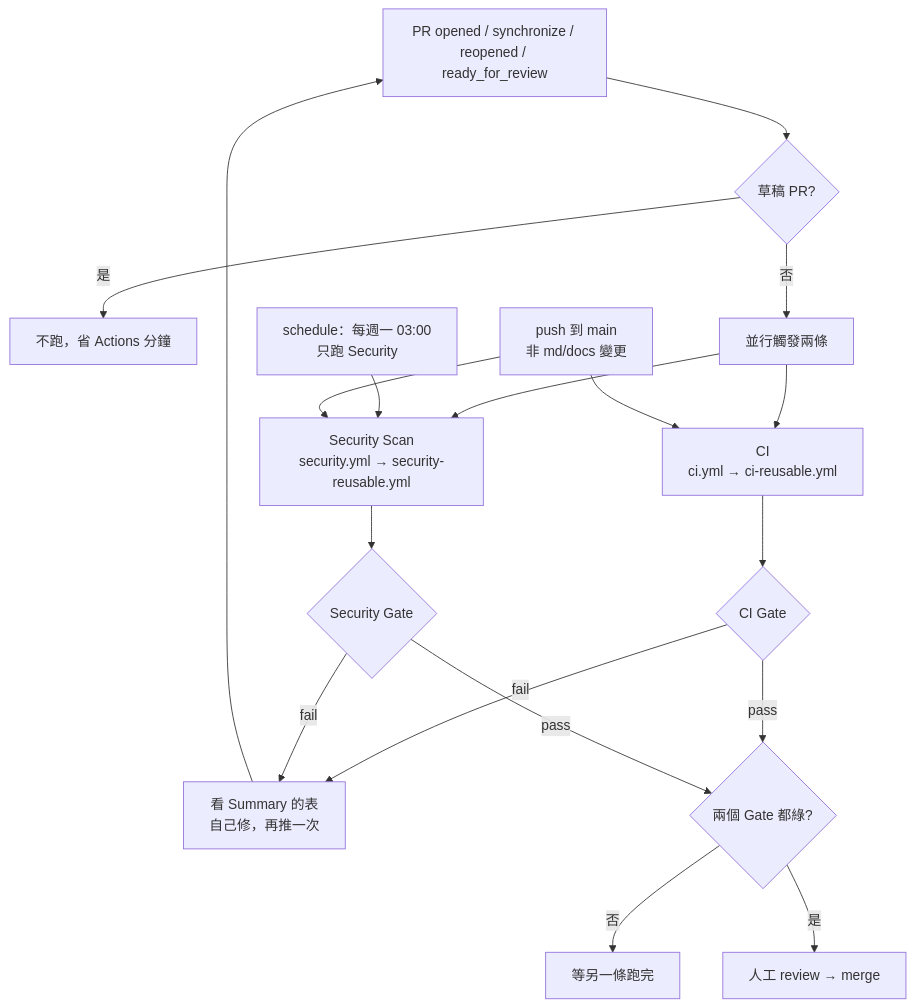
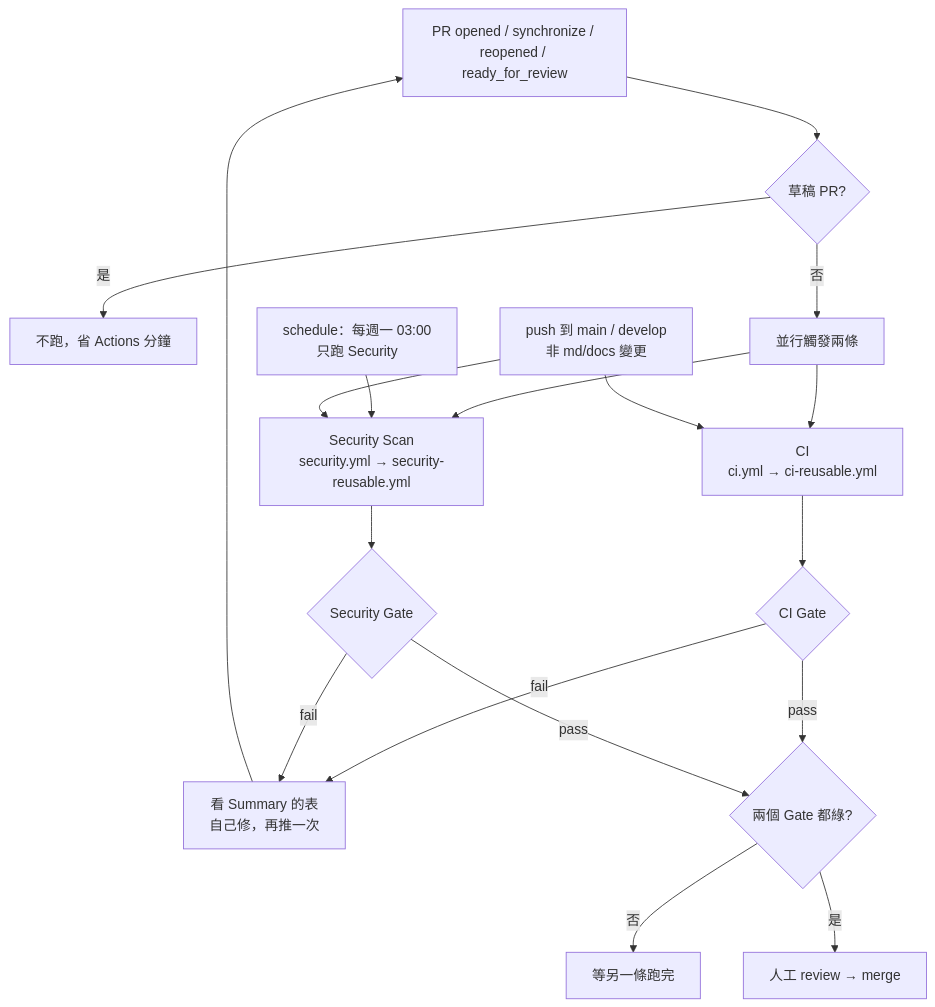
One commit to singi0771/ci-standards changed the first of 3 diagrams in docs/FLOW.md. Above: the diagram before and after it, drawn with Mermaid. The commit also changed other lines of this file and 10 other files, not shown here.

````diff
--- a/docs/FLOW.md
+++ b/docs/FLOW.md
@@ -29,25 +29,25 @@
 ```mermaid
 flowchart TD
     PR[PR opened / synchronize / reopened / ready_for_review] --> DRAFT{草稿 PR?}
     DRAFT -->|是| STOP1[不跑，省 Actions 分鐘]
     DRAFT -->|否| PAR
 
     PAR[並行觸發兩條] --> CI[CI<br/>ci.yml → ci-reusable.yml]
     PAR --> SEC[Security Scan<br/>security.yml → security-reusable.yml]
 
     CI --> CIG{CI Gate}
     SEC --> SG{Security Gate}
 
     CIG -->|fail| FIX[看 Summary 的表<br/>自己修，再推一次]
     SG -->|fail| FIX
     FIX --> PR
 
     CIG -->|pass| BOTH{兩個 Gate 都綠?}
     SG -->|pass| BOTH
     BOTH -->|否| WAIT[等另一條跑完]
     BOTH -->|是| MERGE[人工 review → merge]
 
     SCHED[schedule：每週一 03:00<br/>只跑 Security] --> SEC
-    PUSHMAIN[push 到 main<br/>非 md/docs 變更] --> CI
+    PUSHMAIN[push 到 main / develop<br/>非 md/docs 變更] --> CI
     PUSHMAIN --> SEC
 ```
````
